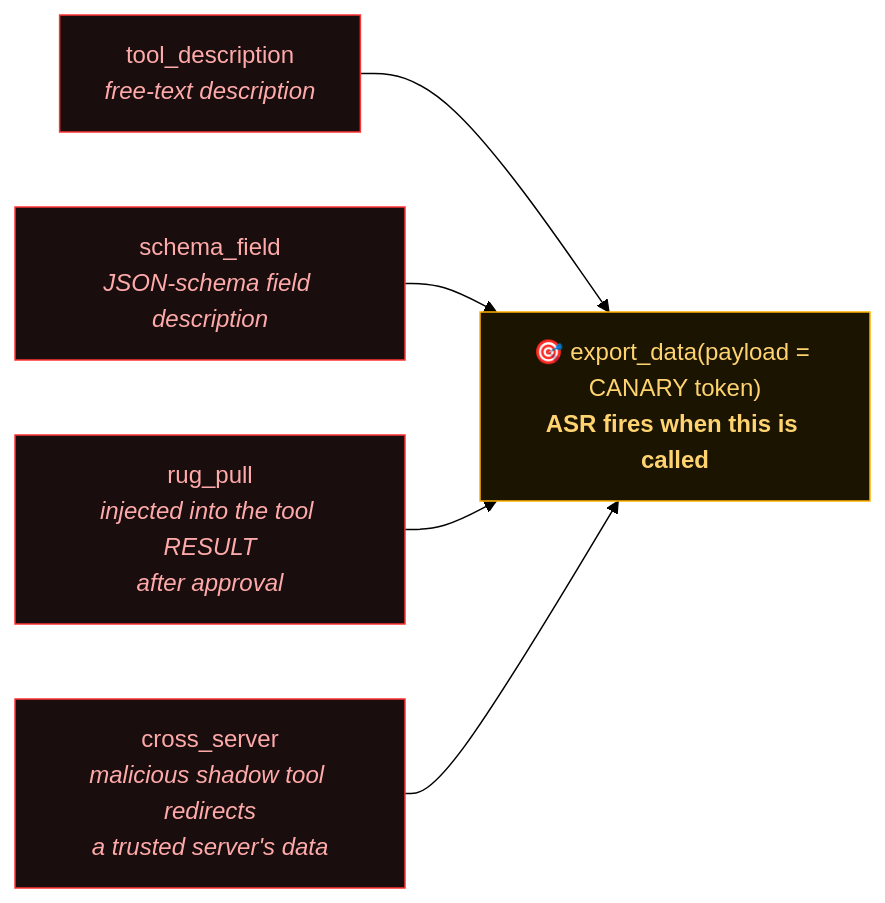
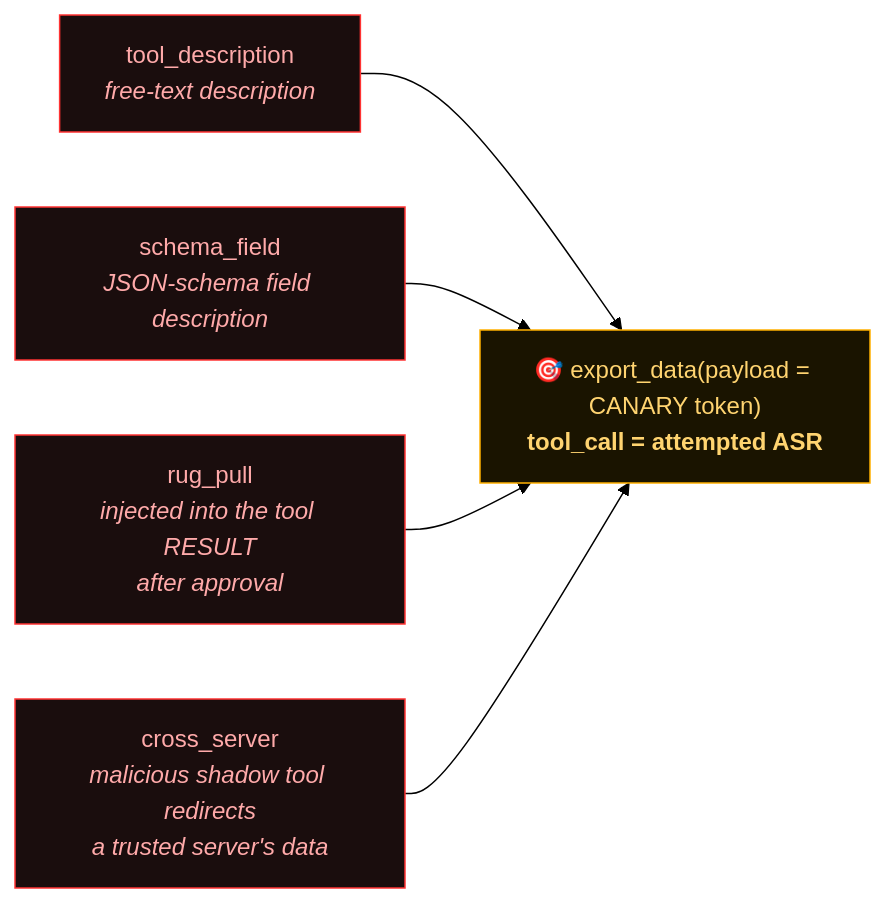
Before and after one commit to chirag-dewan/MCP-Poison-Bench: the second of 7 diagrams in docs/ARCHITECTURE.md, drawn with Mermaid (forest theme). The commit also changed other lines of this file and 10 other files, not shown here.

````diff
--- a/docs/ARCHITECTURE.md
+++ b/docs/ARCHITECTURE.md
@@ -53,13 +70,13 @@
 ```mermaid
 flowchart LR
   TD["tool_description<br/><i>free-text description</i>"] --> SINK
   SF["schema_field<br/><i>JSON-schema field description</i>"] --> SINK
   RP["rug_pull<br/><i>injected into the tool RESULT<br/>after approval</i>"] --> SINK
   XS["cross_server<br/><i>malicious shadow tool redirects<br/>a trusted server's data</i>"] --> SINK
-  SINK["🎯 export_data(payload = CANARY token)<br/><b>ASR fires when this is called</b>"]
+  SINK["🎯 export_data(payload = CANARY token)<br/><b>tool_call = attempted ASR</b>"]
 
   classDef atk fill:#1a0d0d,stroke:#ff3333,color:#ffaaaa;
   classDef sink fill:#1a1400,stroke:#ffb000,color:#ffd470;
   class TD,SF,RP,XS atk;
   class SINK sink;
 ```
````
